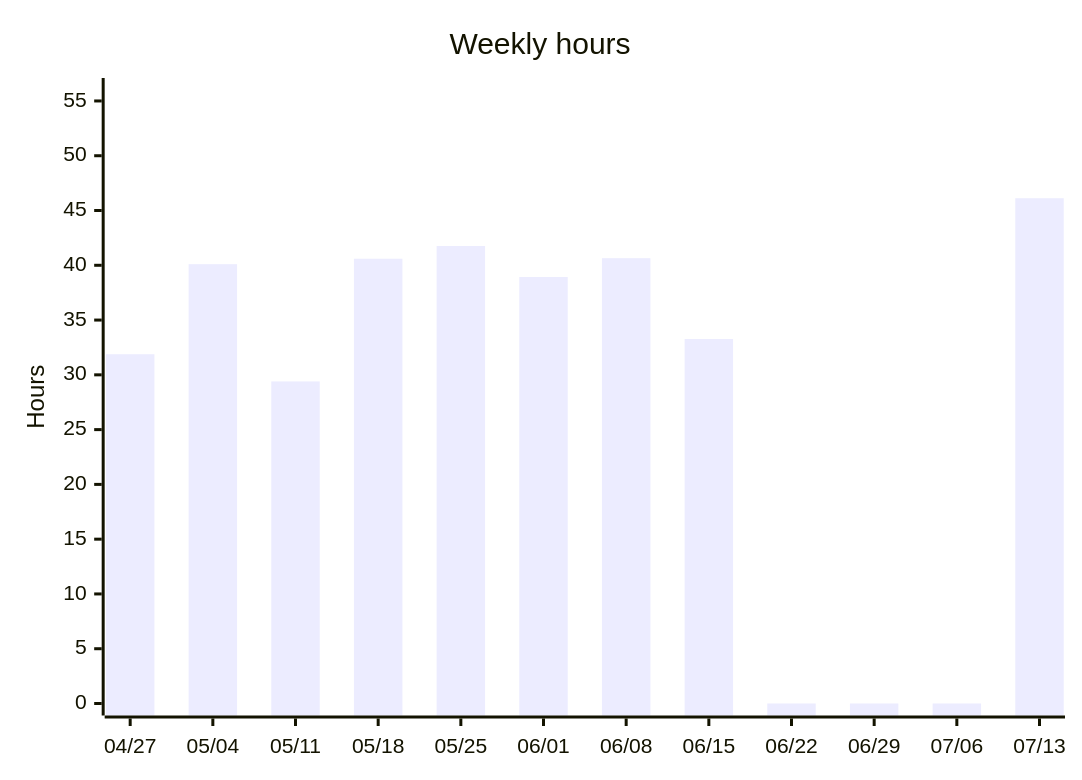
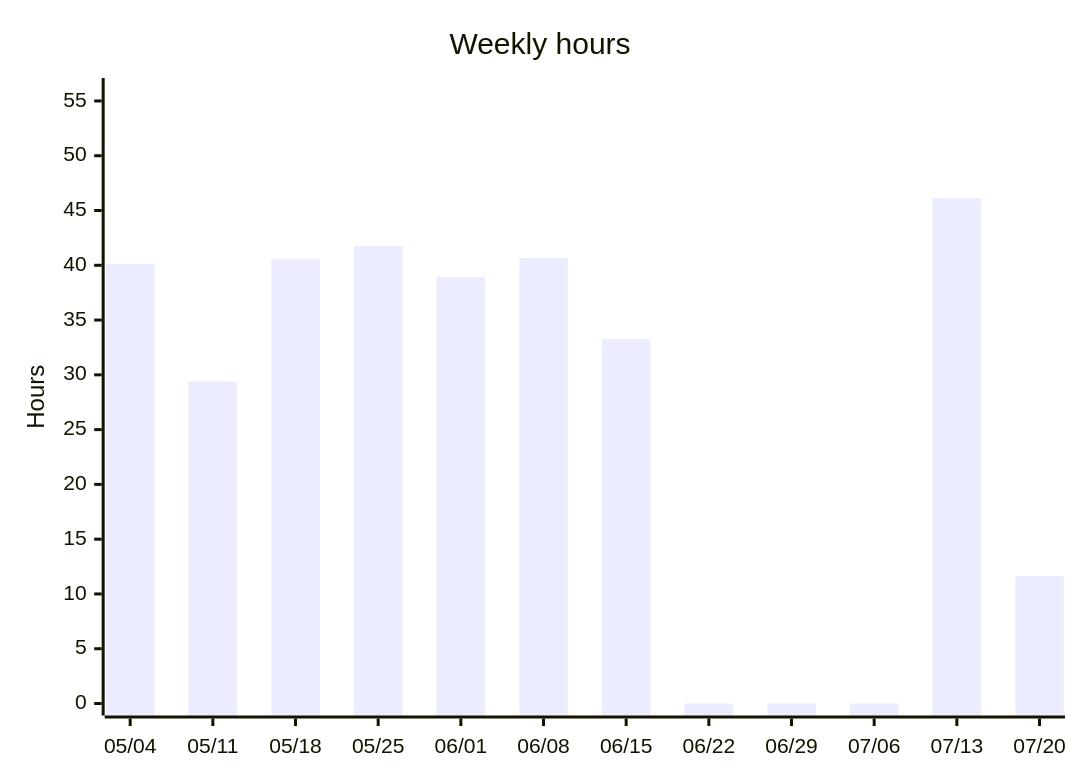
The third of 5 diagrams in README.org (albinforsberg-netizen/timeclock), drawn with Mermaid before and after one commit. The commit also changed other lines of this file, not shown here.

```diff
--- a/README.org
+++ b/README.org
@@ -105,7 +105,7 @@
 #+begin_src mermaid
 xychart-beta
     title "Weekly hours"
-    x-axis ["04/27", "05/04", "05/11", "05/18", "05/25", "06/01", "06/08", "06/15", "06/22", "06/29", "07/06", "07/13"]
+    x-axis ["05/04", "05/11", "05/18", "05/25", "06/01", "06/08", "06/15", "06/22", "06/29", "07/06", "07/13", "07/20"]
     y-axis "Hours" 0 --> 56
-    bar [31.88, 40.10, 29.40, 40.60, 41.76, 38.93, 40.65, 33.27, 0.00, 0.00, 0.00, 46.12]
+    bar [40.10, 29.40, 40.60, 41.76, 38.93, 40.65, 33.27, 0.00, 0.00, 0.00, 46.12, 11.65]
 #+end_src
```
